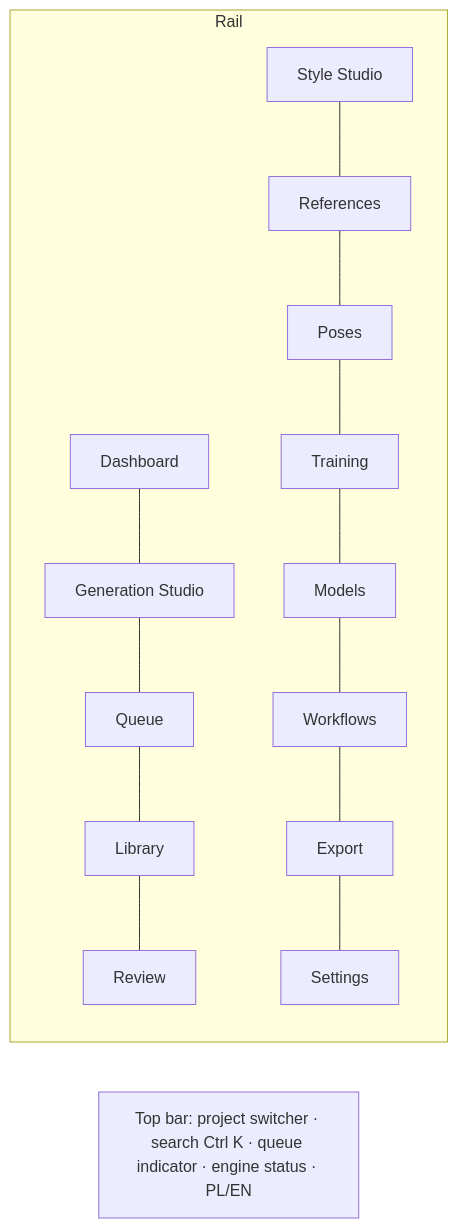
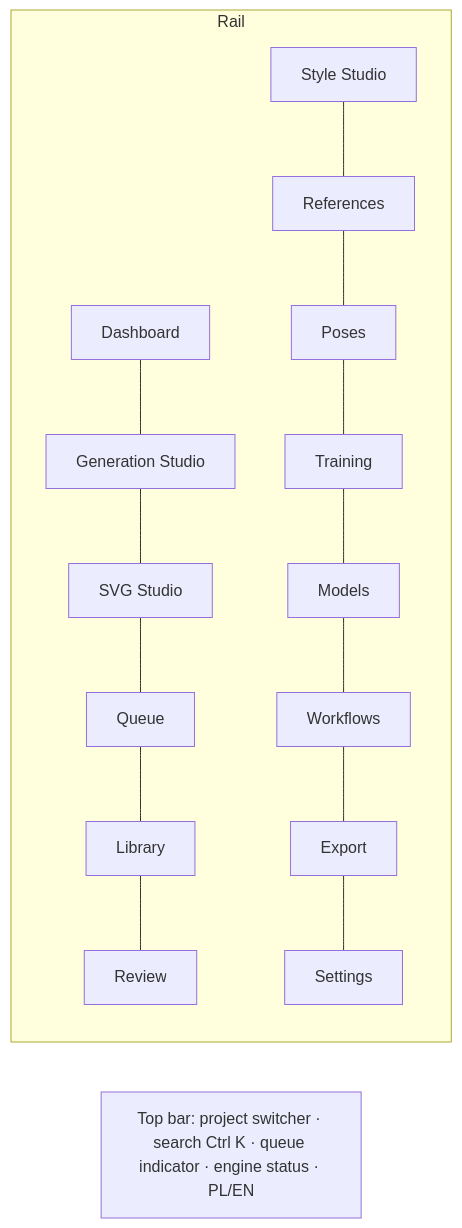
Before and after one commit to Octanee/asset-studio: the diagram in docs/03-UX-UI/Navigation.md, drawn with Mermaid. The commit also changed other lines of this file and 40 other files, not shown here.

First line of the commit message:
feat: WP-14 - SVG Studio, deterministic SVG templates, sanitising, resvg renders and SVG export (#34)

````diff
--- a/docs/03-UX-UI/Navigation.md
+++ b/docs/03-UX-UI/Navigation.md
@@ -14,8 +14,8 @@
 ```mermaid
 flowchart LR
   subgraph Rail
-    D[Dashboard] --- G[Generation Studio] --- Q[Queue] --- L[Library] --- R[Review]
+    D[Dashboard] --- G[Generation Studio] --- SV[SVG Studio] --- Q[Queue] --- L[Library] --- R[Review]
     S[Style Studio] --- RF[References] --- P[Poses] --- T[Training] --- M[Models] --- W[Workflows] --- E[Export] --- ST[Settings]
   end
   TB[Top bar: project switcher · search Ctrl K · queue indicator · engine status · PL/EN]
 ```
````
